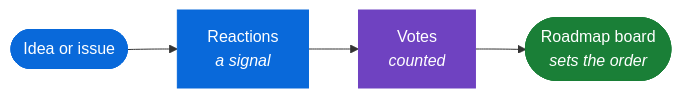
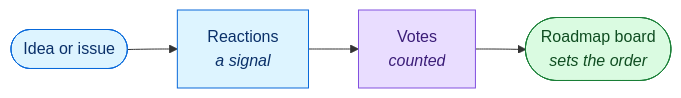
One commit to ai-driven-dev/framework changed the diagram in GOVERNANCE.md. Above: the diagram before and after it, drawn with Mermaid. The commit also changed other lines of this file and 11 other files, not shown here.

First line of the commit message:
docs: soften diagram colors, order guides by project life, simplify compatibility and maintainers

````diff
--- a/GOVERNANCE.md
+++ b/GOVERNANCE.md
@@ -26,10 +24,10 @@
 ```mermaid
 flowchart LR
   idea(["Idea or issue"]) --> signal["Reactions<br/><i>a signal</i>"] --> vote["Votes<br/><i>counted</i>"] --> board(["Roadmap board<br/><i>sets the order</i>"])
-  classDef cOpen fill:#0969da,stroke:#0969da,color:#fff
-  classDef cVote fill:#6f42c1,stroke:#6f42c1,color:#fff
-  classDef cDone fill:#1a7f37,stroke:#1a7f37,color:#fff
+  classDef cOpen fill:#ddf4ff,stroke:#0969da,color:#0a3069
+  classDef cVote fill:#e9ddff,stroke:#8250df,color:#3b1d78
+  classDef cDone fill:#dafbe1,stroke:#1a7f37,color:#0f4d21
   class idea,signal cOpen
   class vote cVote
   class board cDone
 ```
````
